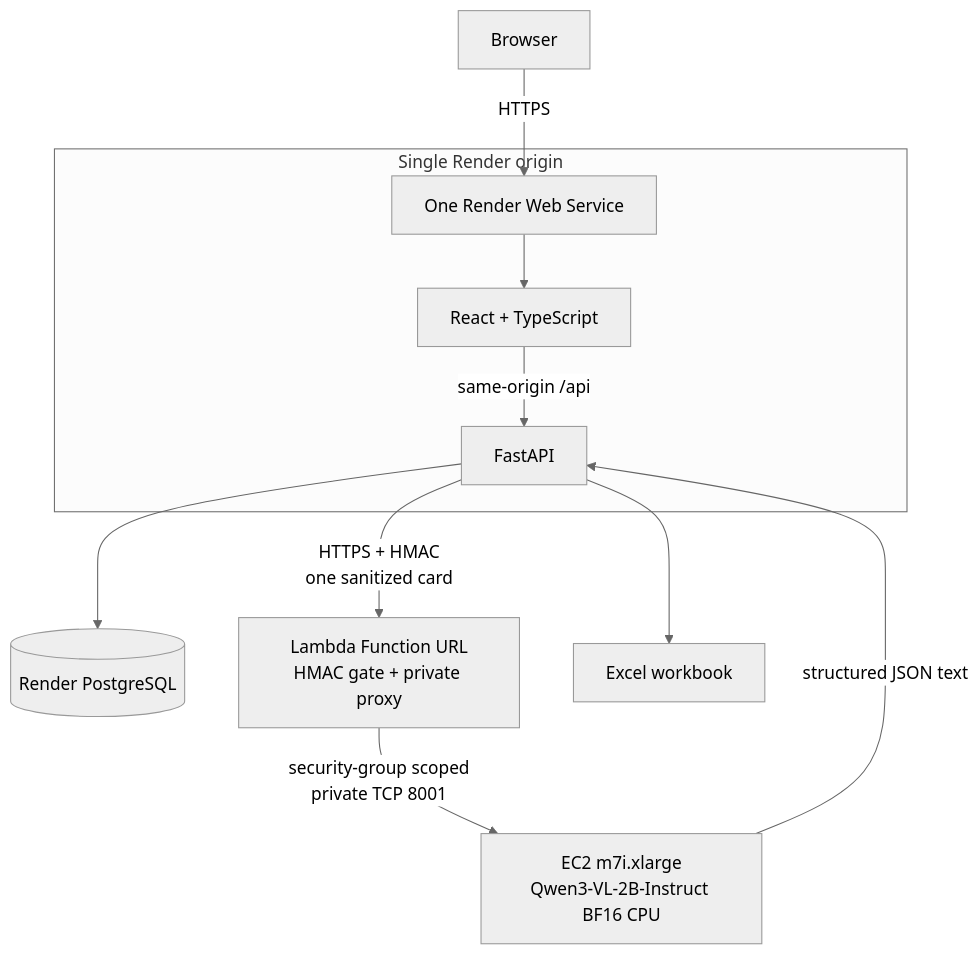
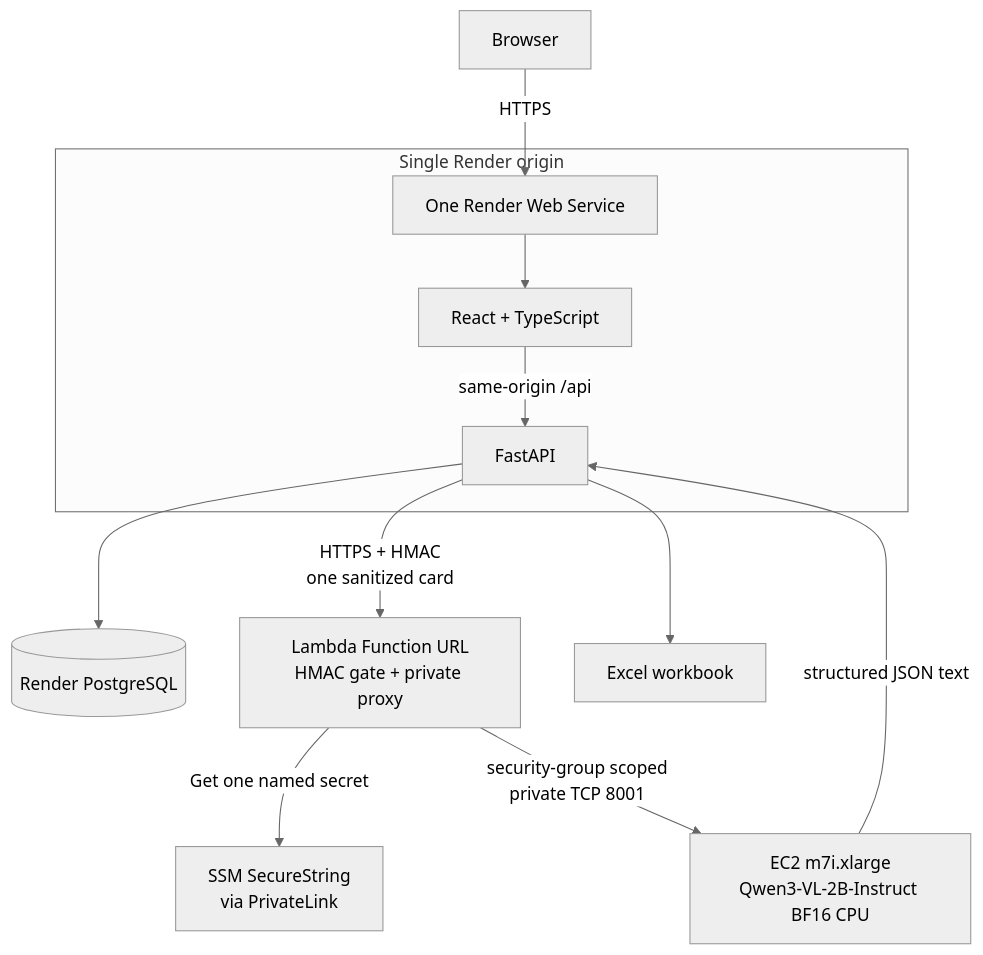
The diagram in README.md (Ansh701/o-hive-vlm-business-card), drawn with Mermaid (neutral theme) before and after one commit. The commit also changed other lines of this file and 5 other files, not shown here.

Commit message:
fix: retrieve inference secret through PrivateLink

````diff
--- a/README.md
+++ b/README.md
@@ -36,22 +36,24 @@
 ```mermaid
 flowchart TD
     U[Browser]
     R[One Render Web Service]
     UI[React + TypeScript]
     API[FastAPI]
     DB[(Render PostgreSQL)]
     L[Lambda Function URL<br/>HMAC gate + private proxy]
     AWS[EC2 m7i.xlarge<br/>Qwen3-VL-2B-Instruct BF16 CPU]
+    SSM[SSM SecureString<br/>via PrivateLink]
     XLSX[Excel workbook]
 
     U -->|HTTPS| R
     subgraph Render[Single Render origin]
         R --> UI
         UI -->|same-origin /api| API
     end
     API --> DB
     API -->|HTTPS + HMAC<br/>one sanitized card| L
+    L -->|Get one named secret| SSM
     L -->|security-group scoped<br/>private TCP 8001| AWS
     AWS -->|structured JSON text| API
     API --> XLSX
 ```
````
